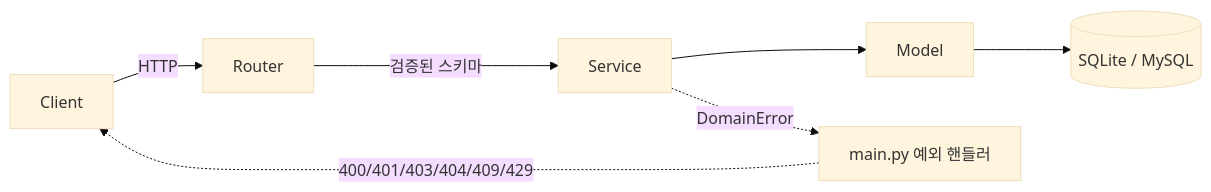
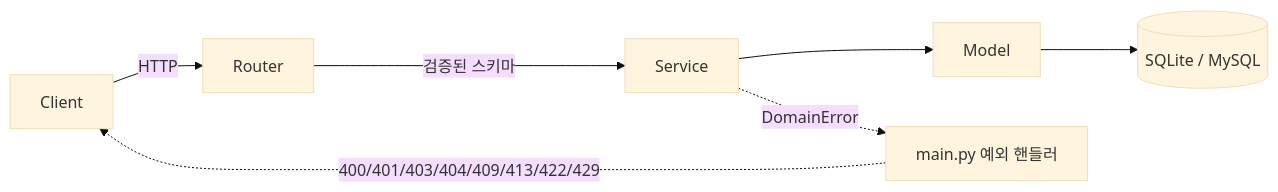
The first of 3 diagrams in README.md (kim123-dev/campus-books), drawn with Mermaid (base theme) before and after one commit. The commit also changed other lines of this file and 23 other files, not shown here.

````diff
--- a/README.md
+++ b/README.md
@@ -119,9 +123,9 @@
 ```mermaid
 flowchart LR
     Client -->|HTTP| Router
     Router -->|검증된 스키마| Service
     Service --> Model
     Model --> DB[(SQLite / MySQL)]
     Service -.->|DomainError| Handler[main.py 예외 핸들러]
-    Handler -.->|400/401/403/404/409/429| Client
+    Handler -.->|400/401/403/404/409/413/422/429| Client
 ```
````
